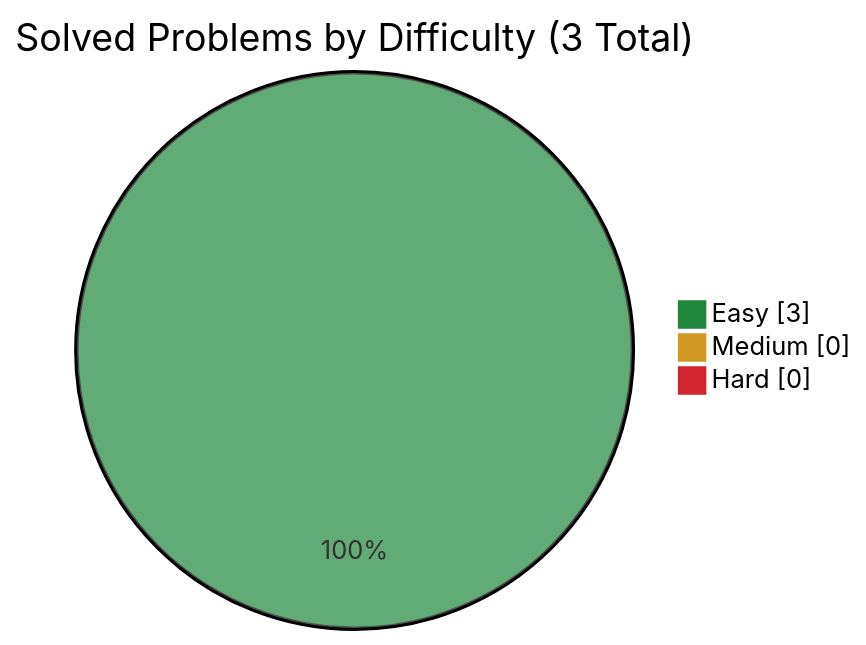
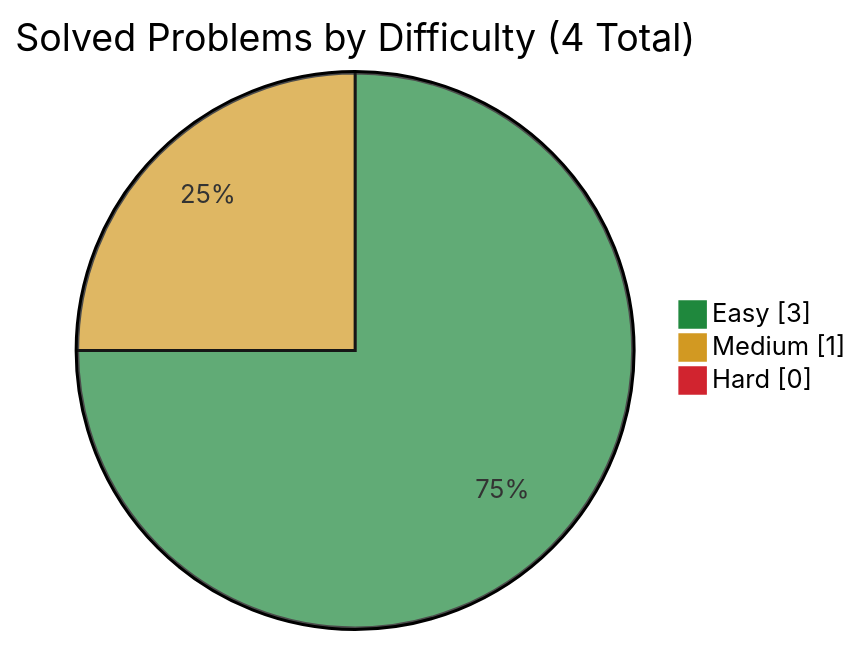
One commit to simonesiega/leetcode-solutions changed the diagram in companies/amazon/README.md. Above: the diagram before and after it, drawn with Mermaid. The commit also changed other lines of this file and 7 other files, not shown here.

````diff
--- a/companies/amazon/README.md
+++ b/companies/amazon/README.md
@@ -17,8 +17,8 @@
 ```mermaid
 %%{init: {"themeVariables": {"pie1": "#1f883d", "pie2": "#d29922", "pie3": "#d1242f"}}}%%
 pie showData
-    title Solved Problems by Difficulty (3 Total)
+    title Solved Problems by Difficulty (4 Total)
     "Easy" : 3
-    "Medium" : 0
+    "Medium" : 1
     "Hard" : 0
 ```
````
